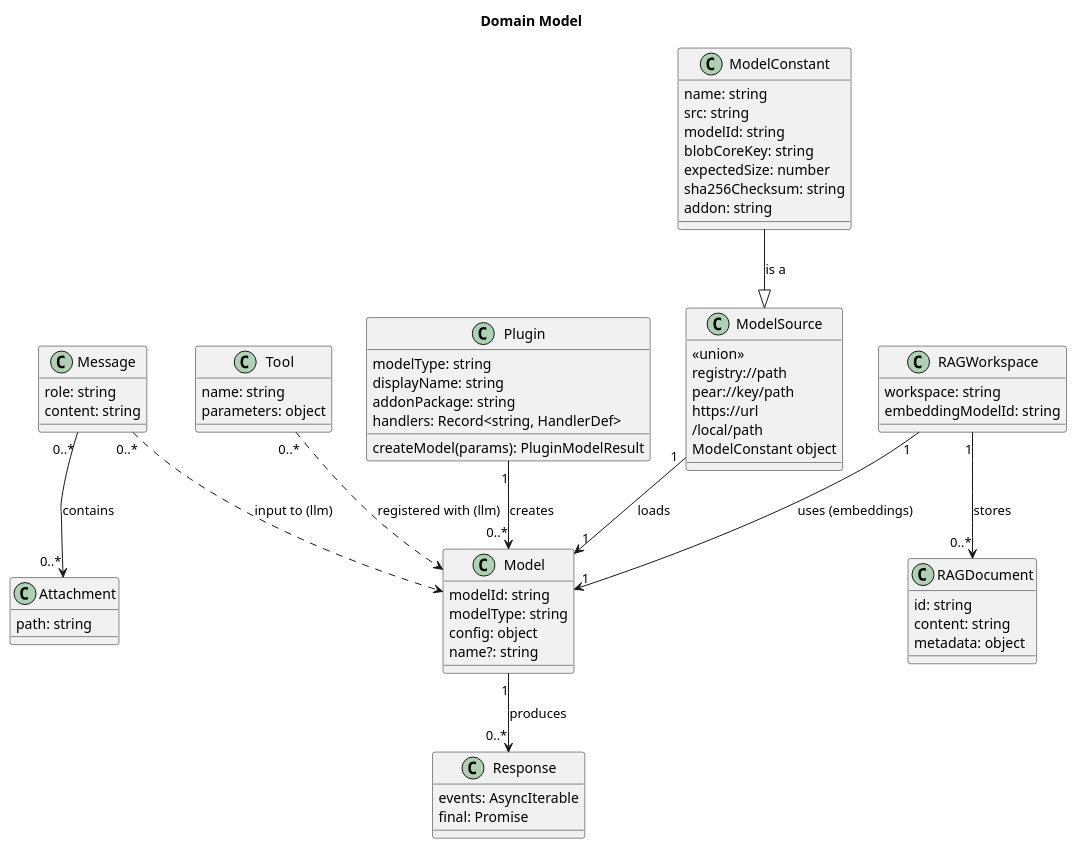
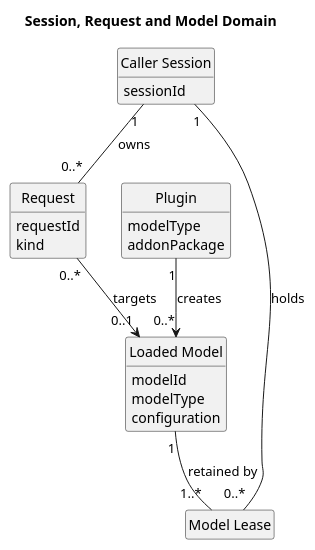
The diagram in docs/architecture/puml/06-domain-model.puml (tetherto/qvac), drawn with PlantUML before and after one commit. The commit also changed 18 other files, not shown here.

Commit message:
doc[notask]: refresh SDK architecture for bare-stow

```diff
--- a/docs/architecture/puml/06-domain-model.puml
+++ b/docs/architecture/puml/06-domain-model.puml
@@ -1,82 +1,32 @@
 @startuml
-title Domain Model
+title Session, Request and Model Domain
+hide circle
+hide empty members
 
-top to bottom direction
+class "Caller Session" as Session {
+    sessionId
+}
+
+class Request {
+    requestId
+    kind
+}
+
+class "Model Lease" as Lease
+class "Loaded Model" as Model {
+    modelId
+    modelType
+    configuration
+}
 
 class Plugin {
-    modelType: string
-    displayName: string
-    addonPackage: string
-    handlers: Record<string, HandlerDef>
-    createModel(params): PluginModelResult
+    modelType
+    addonPackage
 }
 
-class Model {
-    modelId: string
-    modelType: string
-    config: object
-    name?: string
-}
-
-class ModelConstant {
-    name: string
-    src: string
-    modelId: string
-    blobCoreKey: string
-    expectedSize: number
-    sha256Checksum: string
-    addon: string
-}
-
-class ModelSource {
-    <<union>>
-    registry://path
-    pear://key/path
-    https://url
-    /local/path
-    ModelConstant object
-}
-
-class Message {
-    role: string
-    content: string
-}
-
-class Attachment {
-    path: string
-}
-
-class Tool {
-    name: string
-    parameters: object
-}
-
-class Response {
-    events: AsyncIterable
-    final: Promise
-}
-
-class RAGWorkspace {
-    workspace: string
-    embeddingModelId: string
-}
-
-class RAGDocument {
-    id: string
-    content: string
-    metadata: object
-}
-
+Session "1" -- "0..*" Request : owns
+Session "1" -- "0..*" Lease : holds
+Model "1" -- "1..*" Lease : retained by
+Request "0..*" --> "0..1" Model : targets
 Plugin "1" --> "0..*" Model : creates
-ModelSource "1" --> "1" Model : loads
-ModelConstant --|> ModelSource : is a
-
-Message "0..*" --> "0..*" Attachment : contains
-Message "0..*" ..> Model : input to (llm)
-Tool "0..*" ..> Model : registered with (llm)
-Model "1" --> "0..*" Response : produces
-
-RAGWorkspace "1" --> "1" Model : uses (embeddings)
-RAGWorkspace "1" --> "0..*" RAGDocument : stores
-
 @enduml
```
